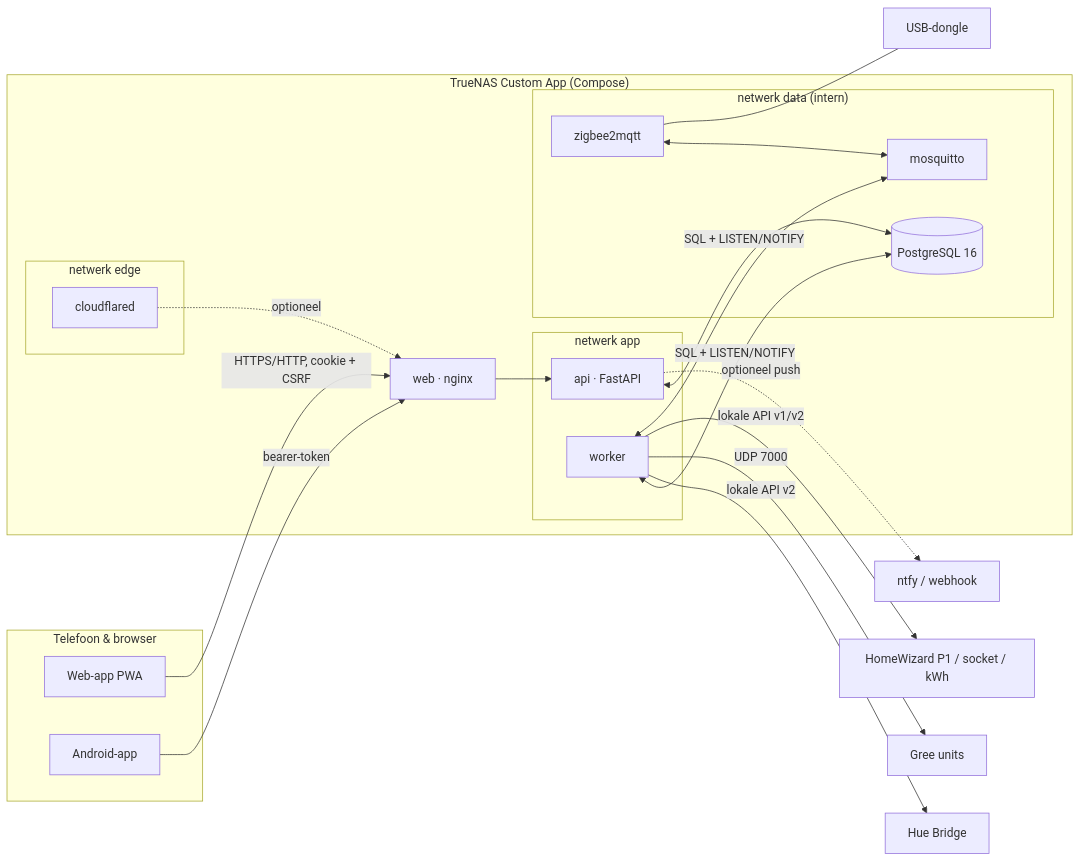
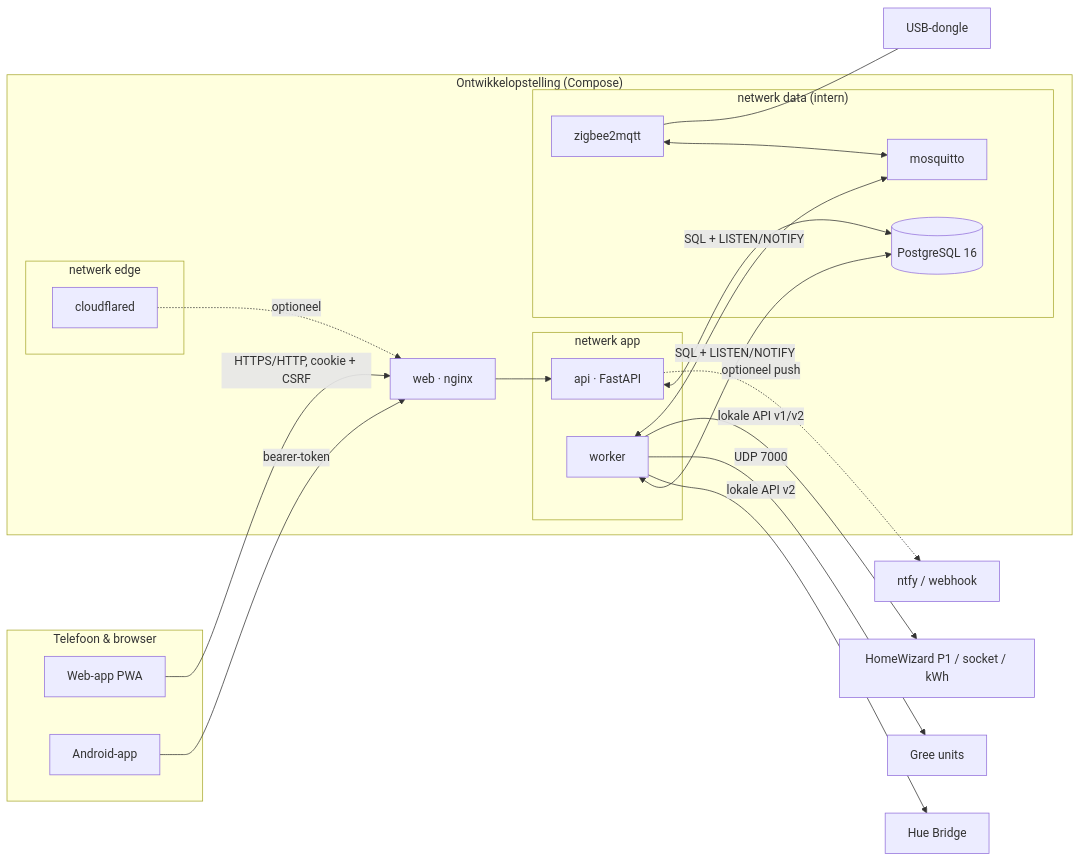
The diagram in docs/architectuur.md (lvos04/my_house), drawn with Mermaid before and after one commit. The commit also changed other lines of this file and 16 other files, not shown here.

````diff
--- a/docs/architectuur.md
+++ b/docs/architectuur.md
@@ -3,35 +5,35 @@
 ```mermaid
 flowchart LR
   subgraph Telefoon & browser
     W[Web-app PWA]
     A[Android-app]
   end
-  subgraph Stack["TrueNAS Custom App (Compose)"]
+  subgraph Stack["Ontwikkelopstelling (Compose)"]
     subgraph edge["netwerk edge"]
       CF[cloudflared]
     end
     N[web · nginx]
     subgraph app["netwerk app"]
       API[api · FastAPI]
       WK[worker]
     end
     subgraph data["netwerk data (intern)"]
       DB[(PostgreSQL 16)]
       MQ[mosquitto]
       Z[zigbee2mqtt]
     end
   end
   W -->|HTTPS/HTTP, cookie + CSRF| N
   A -->|bearer-token| N
   CF -.->|optioneel| N
   N --> API
   API <-->|SQL + LISTEN/NOTIFY| DB
   WK <-->|SQL + LISTEN/NOTIFY| DB
   WK -->|lokale API v2| HUE[Hue Bridge]
   WK -->|UDP 7000| GREE[Gree units]
   WK -->|lokale API v1/v2| HW[HomeWizard P1 / socket / kWh]
   WK <--> MQ
   Z <--> MQ
   Z --- USB[USB-dongle]
   API -.->|optioneel push| NTFY[ntfy / webhook]
 ```
````
